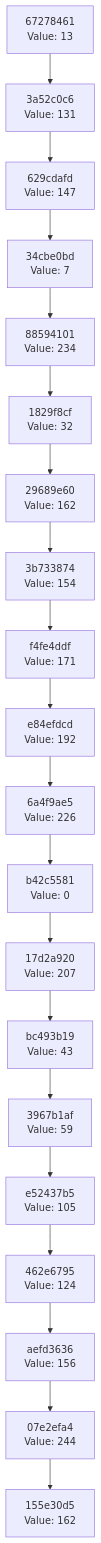
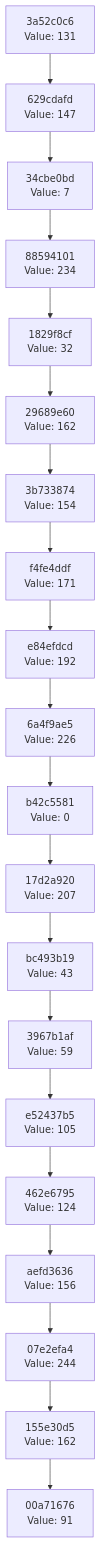
Before and after one commit to Abhisheksinha1506/hash-chain-evolver: the diagram in docs/CHAIN_VISUALIZATION.md, drawn with Mermaid. The commit also changed 3 other files, not shown here.

````diff
--- a/docs/CHAIN_VISUALIZATION.md
+++ b/docs/CHAIN_VISUALIZATION.md
@@ -3,42 +3,42 @@
 ```mermaid
 graph TD
-    C0["155e30d5<br/>Value: 162"]
-    C1["07e2efa4<br/>Value: 244"]
+    C0["00a71676<br/>Value: 91"]
+    C1["155e30d5<br/>Value: 162"]
     C1 --> C0
-    C2["aefd3636<br/>Value: 156"]
+    C2["07e2efa4<br/>Value: 244"]
     C2 --> C1
-    C3["462e6795<br/>Value: 124"]
+    C3["aefd3636<br/>Value: 156"]
     C3 --> C2
-    C4["e52437b5<br/>Value: 105"]
+    C4["462e6795<br/>Value: 124"]
     C4 --> C3
-    C5["3967b1af<br/>Value: 59"]
+    C5["e52437b5<br/>Value: 105"]
     C5 --> C4
-    C6["bc493b19<br/>Value: 43"]
+    C6["3967b1af<br/>Value: 59"]
     C6 --> C5
-    C7["17d2a920<br/>Value: 207"]
+    C7["bc493b19<br/>Value: 43"]
     C7 --> C6
-    C8["b42c5581<br/>Value: 0"]
+    C8["17d2a920<br/>Value: 207"]
     C8 --> C7
-    C9["6a4f9ae5<br/>Value: 226"]
+    C9["b42c5581<br/>Value: 0"]
     C9 --> C8
-    C10["e84efdcd<br/>Value: 192"]
+    C10["6a4f9ae5<br/>Value: 226"]
     C10 --> C9
-    C11["f4fe4ddf<br/>Value: 171"]
+    C11["e84efdcd<br/>Value: 192"]
     C11 --> C10
-    C12["3b733874<br/>Value: 154"]
+    C12["f4fe4ddf<br/>Value: 171"]
     C12 --> C11
-    C13["29689e60<br/>Value: 162"]
+    C13["3b733874<br/>Value: 154"]
     C13 --> C12
-    C14["1829f8cf<br/>Value: 32"]
+    C14["29689e60<br/>Value: 162"]
     C14 --> C13
-    C15["88594101<br/>Value: 234"]
+    C15["1829f8cf<br/>Value: 32"]
     C15 --> C14
-    C16["34cbe0bd<br/>Value: 7"]
+    C16["88594101<br/>Value: 234"]
     C16 --> C15
-    C17["629cdafd<br/>Value: 147"]
+    C17["34cbe0bd<br/>Value: 7"]
     C17 --> C16
-    C18["3a52c0c6<br/>Value: 131"]
+    C18["629cdafd<br/>Value: 147"]
     C18 --> C17
-    C19["67278461<br/>Value: 13"]
+    C19["3a52c0c6<br/>Value: 131"]
     C19 --> C18
 ```
````
